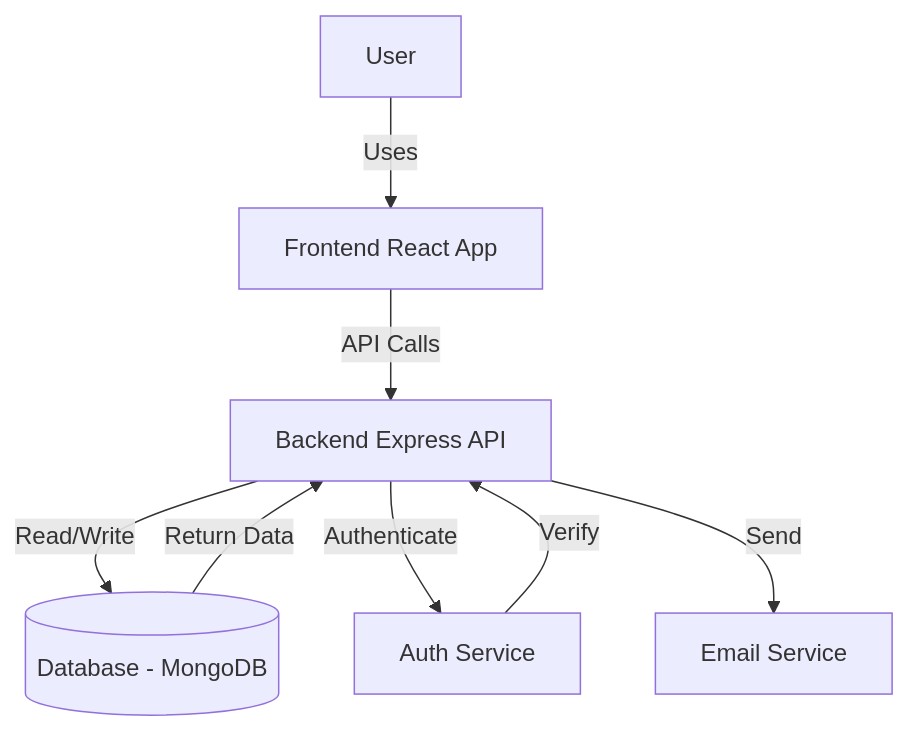
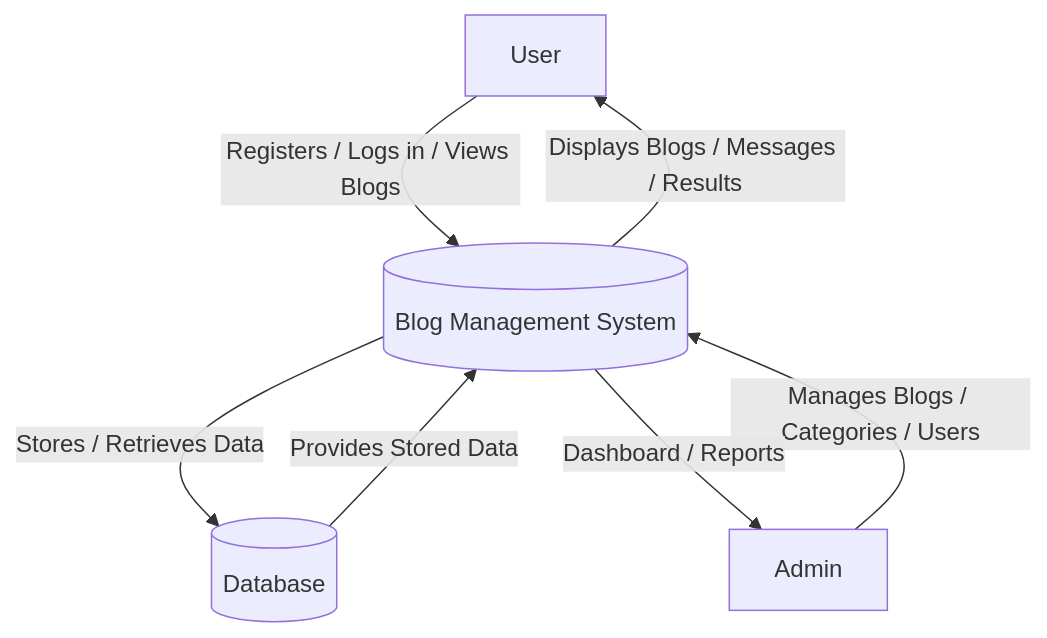
One commit to RohitGkmit08/blog-app-project-report changed the first of 3 diagrams in docs/11-data_flow_diagram.md. Above: the diagram before and after it, drawn with Mermaid. The commit also changed other lines of this file and 82 other files, not shown here.

````diff
--- a/docs/11-data_flow_diagram.md
+++ b/docs/11-data_flow_diagram.md
@@ -5,11 +13,26 @@
 ```mermaid
 graph TD
-    U[User] -->|Uses| FE[Frontend React App]
-    FE -->|API Calls| API[Backend Express API]
-    API -->|Read/Write| DB[(Database - MongoDB)]
-    API -->|Authenticate| AUTH[Auth Service]
-    API -->|Send| MAIL[Email Service]
-    
-    DB -->|Return Data| API
-    AUTH -->|Verify| API
+
+%% ===============================
+%% Level 0 DFD - Blogging Application
+%% ===============================
+
+%% External Entities
+U[User]
+A[Admin]
+
+%% Process
+P1[(Blog Management System)]
+
+%% Data Store
+D1[(Database)]
+
+%% Data Flow
+U -->|Registers / Logs in / Views Blogs| P1
+A -->|Manages Blogs / Categories / Users| P1
+P1 -->|Stores / Retrieves Data| D1
+D1 -->|Provides Stored Data| P1
+P1 -->|Displays Blogs / Messages / Results| U
+P1 -->|Dashboard / Reports| A
+
 ```
````
